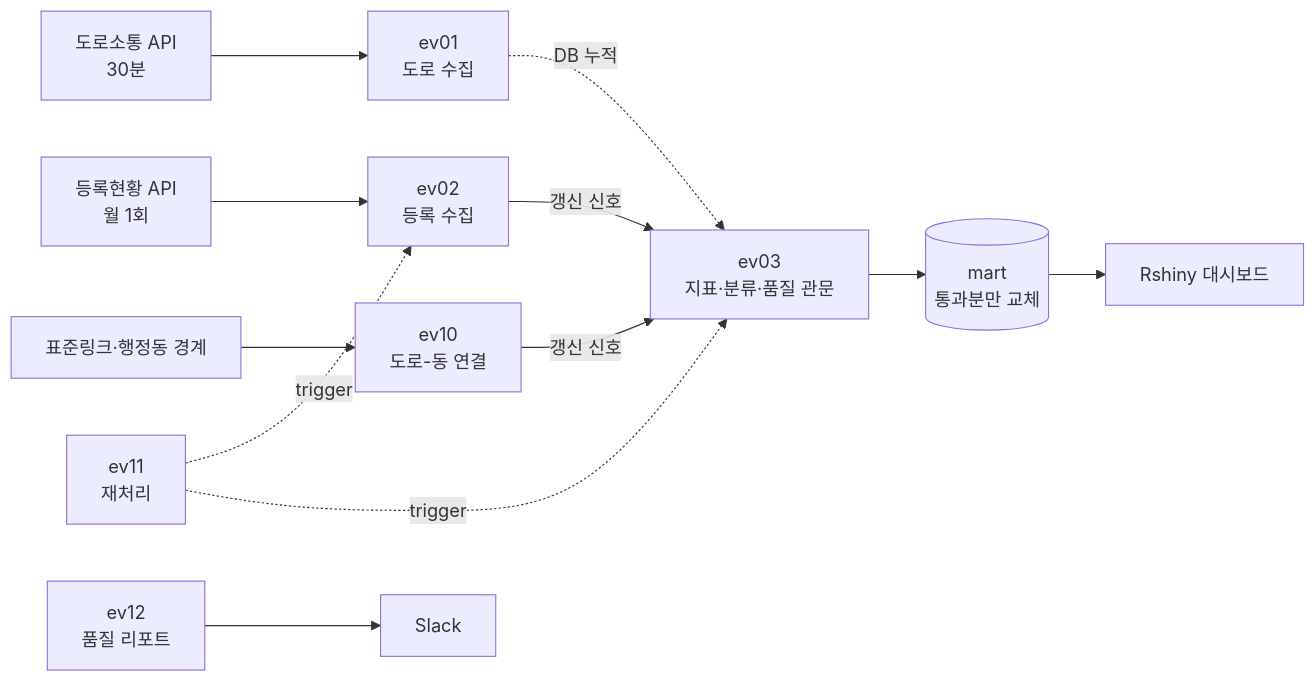
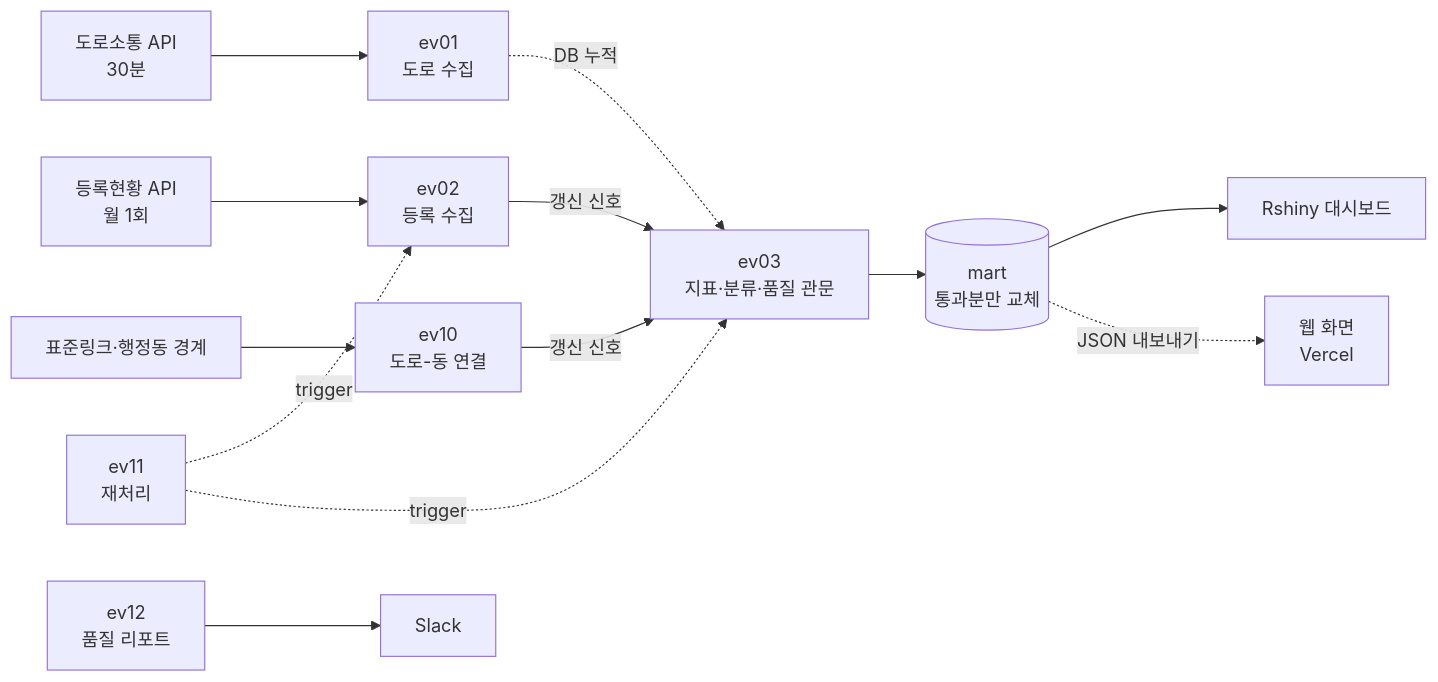
One commit to CoderGogh/seoul-ev-data-platform changed the diagram in README.md. Above: the diagram before and after it, drawn with Mermaid. The commit also changed other lines of this file, not shown here.

````diff
--- a/README.md
+++ b/README.md
@@ -39,14 +41,15 @@
 ```mermaid
 flowchart LR
     road["도로소통 API<br/>30분"] --> ev01["ev01<br/>도로 수집"]
     reg["등록현황 API<br/>월 1회"] --> ev02["ev02<br/>등록 수집"]
     map["표준링크·행정동 경계"] --> ev10["ev10<br/>도로-동 연결"]
     ev01 -. "DB 누적" .-> ev03
     ev02 -- "갱신 신호" --> ev03
     ev10 -- "갱신 신호" --> ev03
     ev03["ev03<br/>지표·분류·품질 관문"] --> mart[("mart<br/>통과분만 교체")]
     mart --> shiny["Rshiny 대시보드"]
+    mart -. "JSON 내보내기" .-> web["웹 화면<br/>Vercel"]
     ev12["ev12<br/>품질 리포트"] --> slack["Slack"]
     ev11["ev11<br/>재처리"] -. trigger .-> ev02
     ev11 -. trigger .-> ev03
 ```
````
